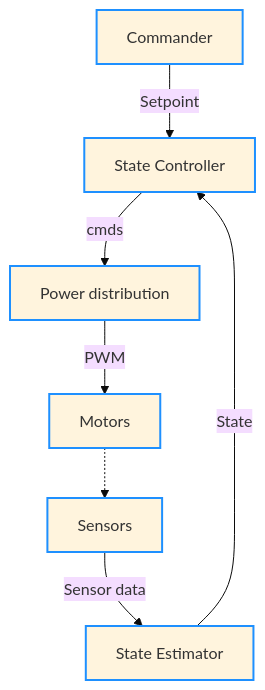
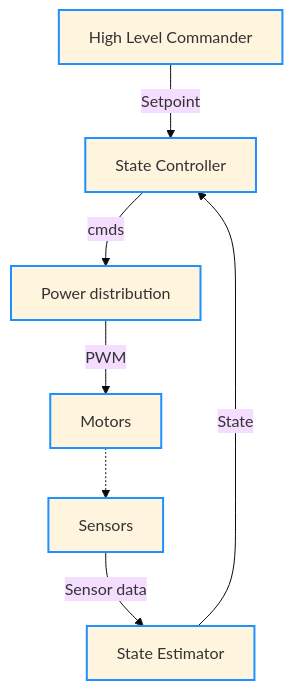
One commit to mavanhung78/ESP32_IDF_MINBOT_DRONE changed the first of 3 diagrams in README.md. Above: the diagram before and after it, drawn with Mermaid (base theme).

````diff
--- a/README.md
+++ b/README.md
@@ -32,20 +32,20 @@
 ```mermaid
 flowchart TD
 
-Commander[Commander] -->|Setpoint| StateController[State Controller]
+Commander[High Level Commander] -->|Setpoint| StateController[State Controller]
 
 Sensors[Sensors] -->|Sensor data| StateEstimator[State Estimator]
 StateEstimator -->|State| StateController
 
 StateController -->|cmds| PowerDistribution[Power distribution]
 PowerDistribution -->|PWM| Motors[Motors]
 
 Motors -.-> Sensors
 
 style Sensors stroke:#1E90FF,stroke-width:2px
 style StateEstimator stroke:#1E90FF,stroke-width:2px
 style StateController stroke:#1E90FF,stroke-width:2px
 style PowerDistribution stroke:#1E90FF,stroke-width:2px
 style Motors stroke:#1E90FF,stroke-width:2px
 style Commander stroke:#1E90FF,stroke-width:2px
 ```
````
